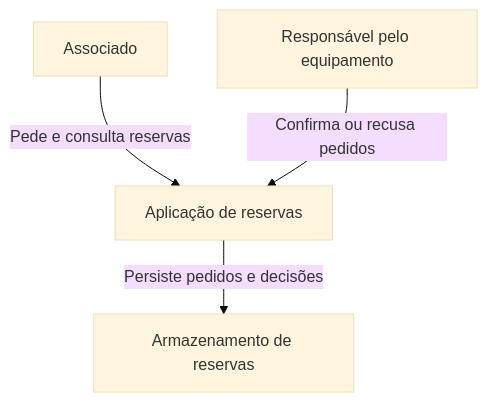
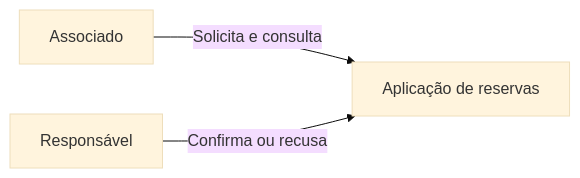
One commit to PHnsilva/base-de-projetos changed the first of 10 diagrams in exemplos/reservas-de-recursos/diagramas.md. Above: the diagram before and after it, drawn with Mermaid (base theme). The commit also changed other lines of this file and 23 other files, not shown here.

````diff
--- a/exemplos/reservas-de-recursos/diagramas.md
+++ b/exemplos/reservas-de-recursos/diagramas.md
@@ -7,6 +9,5 @@
 ```mermaid
-flowchart TD
-    associado["Associado"] -->|"Pede e consulta reservas"| app["Aplicação de reservas"]
-    responsavel["Responsável pelo equipamento"] -->|"Confirma ou recusa pedidos"| app
-    app -->|"Persiste pedidos e decisões"| dados["Armazenamento de reservas"]
+flowchart LR
+    A[Associado] -->|Solicita e consulta| S[Aplicação de reservas]
+    R[Responsável] -->|Confirma ou recusa| S
 ```
````
